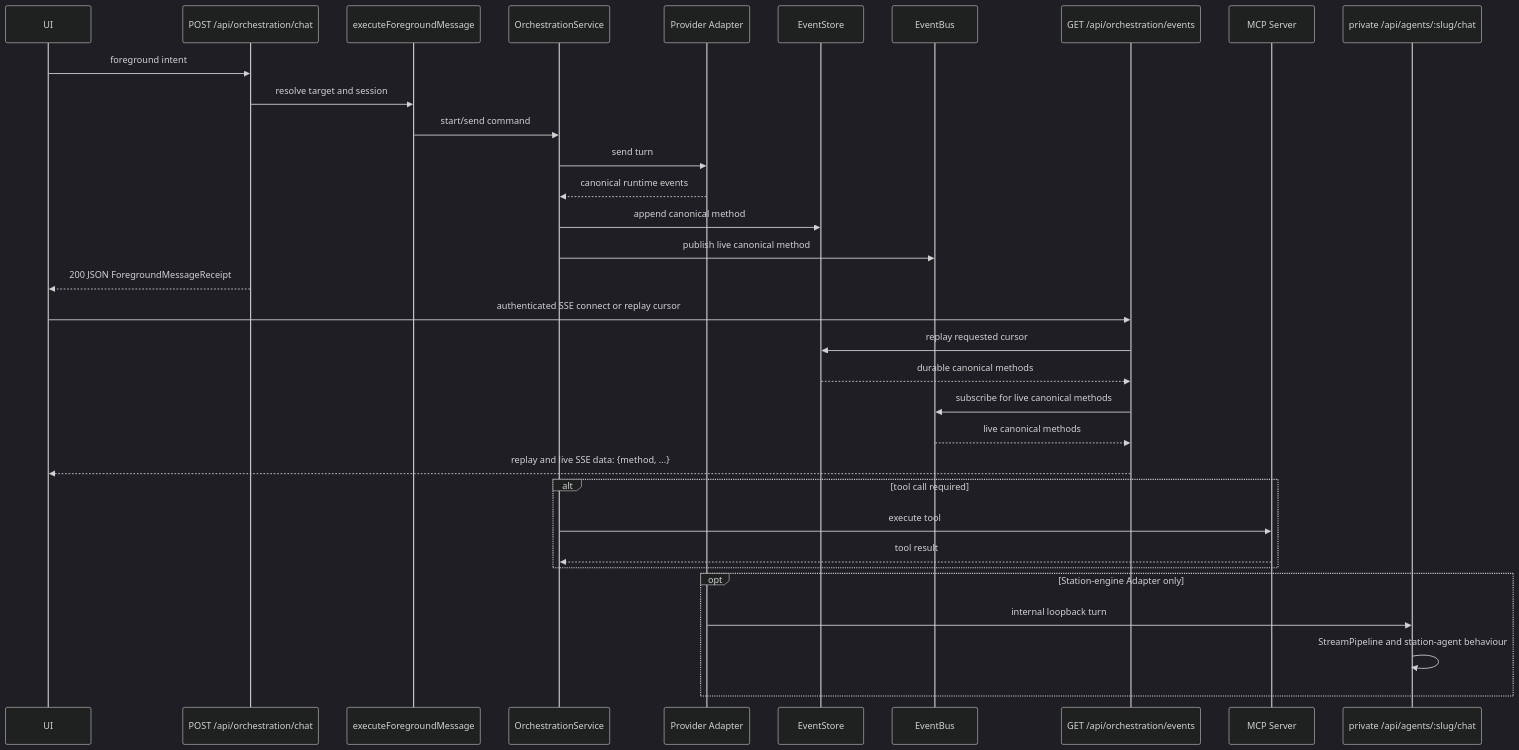
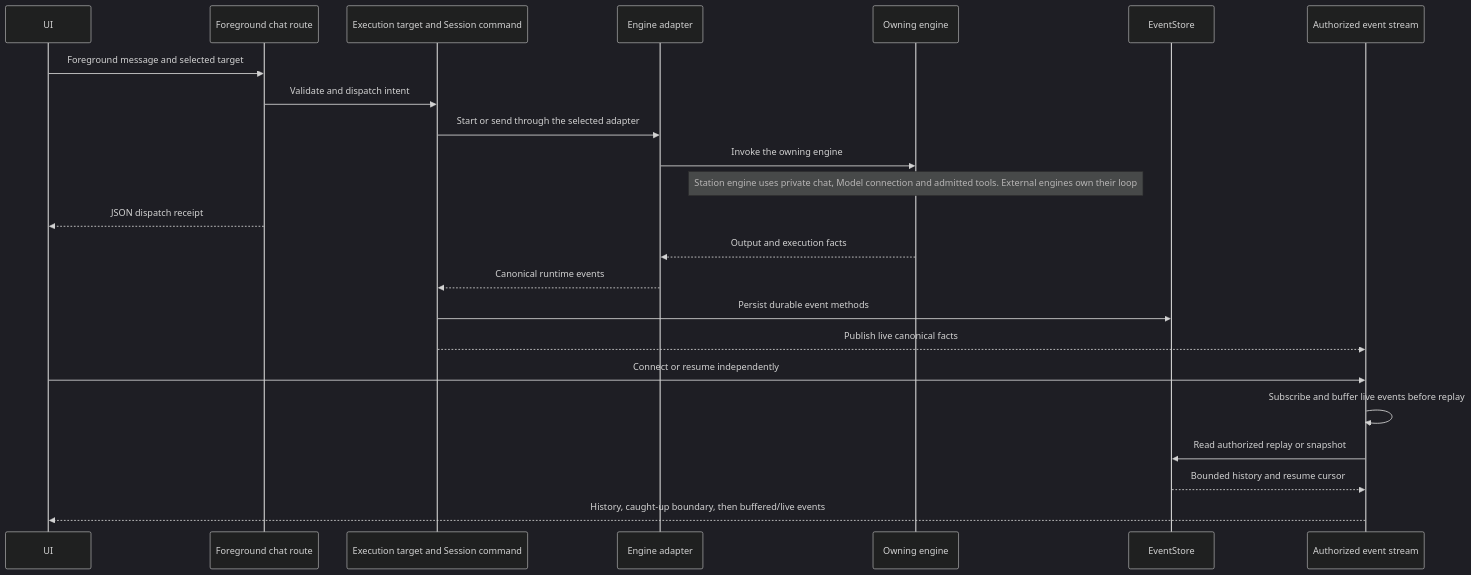
Before and after one commit to kontourai/station: the fourth of 7 diagrams in docs/architecture.md, drawn with Mermaid (dark theme). The commit also changed other lines of this file, not shown here.

Commit message:
docs(architecture): explain verified execution and transport boundaries

````diff
--- a/docs/architecture.md
+++ b/docs/architecture.md
@@ -238,36 +197,25 @@
 ```mermaid
 sequenceDiagram
     participant UI
-    participant Dispatch as POST /api/orchestration/chat
-    participant Execution as executeForegroundMessage
-    participant Orchestration as OrchestrationService
-    participant Adapter as Provider Adapter
-    participant EventStore
-    participant EventBus
-    participant Events as GET /api/orchestration/events
-    participant MCP as MCP Server
-    participant PrivateChat as private /api/agents/:slug/chat
-
-    UI->>Dispatch: foreground intent
-    Dispatch->>Execution: resolve target and session
-    Execution->>Orchestration: start/send command
-    Orchestration->>Adapter: send turn
-    Adapter-->>Orchestration: canonical runtime events
-    Orchestration->>EventStore: append canonical method
-    Orchestration->>EventBus: publish live canonical method
-    Dispatch-->>UI: 200 JSON ForegroundMessageReceipt
-    UI->>Events: authenticated SSE connect or replay cursor
-    Events->>EventStore: replay requested cursor
-    EventStore-->>Events: durable canonical methods
-    Events->>EventBus: subscribe for live canonical methods
-    EventBus-->>Events: live canonical methods
-    Events-->>UI: replay and live SSE data: {method, ...}
-    alt tool call required
-        Orchestration->>MCP: execute tool
-        MCP-->>Orchestration: tool result
-    end
-    opt Station-engine Adapter only
-        Adapter->>PrivateChat: internal loopback turn
-        PrivateChat->>PrivateChat: StreamPipeline and station-agent behaviour
-    end
+    participant Route as Foreground chat route
+    participant Execution as Execution target and Session command
+    participant Adapter as Engine adapter
+    participant Engine as Owning engine
+    participant Store as EventStore
+    participant Events as Authorized event stream
+    UI->>Route: Foreground message and selected target
+    Route->>Execution: Validate and dispatch intent
+    Execution->>Adapter: Start or send through the selected adapter
+    Adapter->>Engine: Invoke the owning engine
+    Note over Engine: Station engine uses private chat, Model connection and admitted tools. External engines own their loop
+    Route-->>UI: JSON dispatch receipt
+    Engine-->>Adapter: Output and execution facts
+    Adapter-->>Execution: Canonical runtime events
+    Execution->>Store: Persist durable event methods
+    Execution-->>Events: Publish live canonical facts
+    UI->>Events: Connect or resume independently
+    Events->>Events: Subscribe and buffer live events before replay
+    Events->>Store: Read authorized replay or snapshot
+    Store-->>Events: Bounded history and resume cursor
+    Events-->>UI: History, caught-up boundary, then buffered/live events
 ```
````
